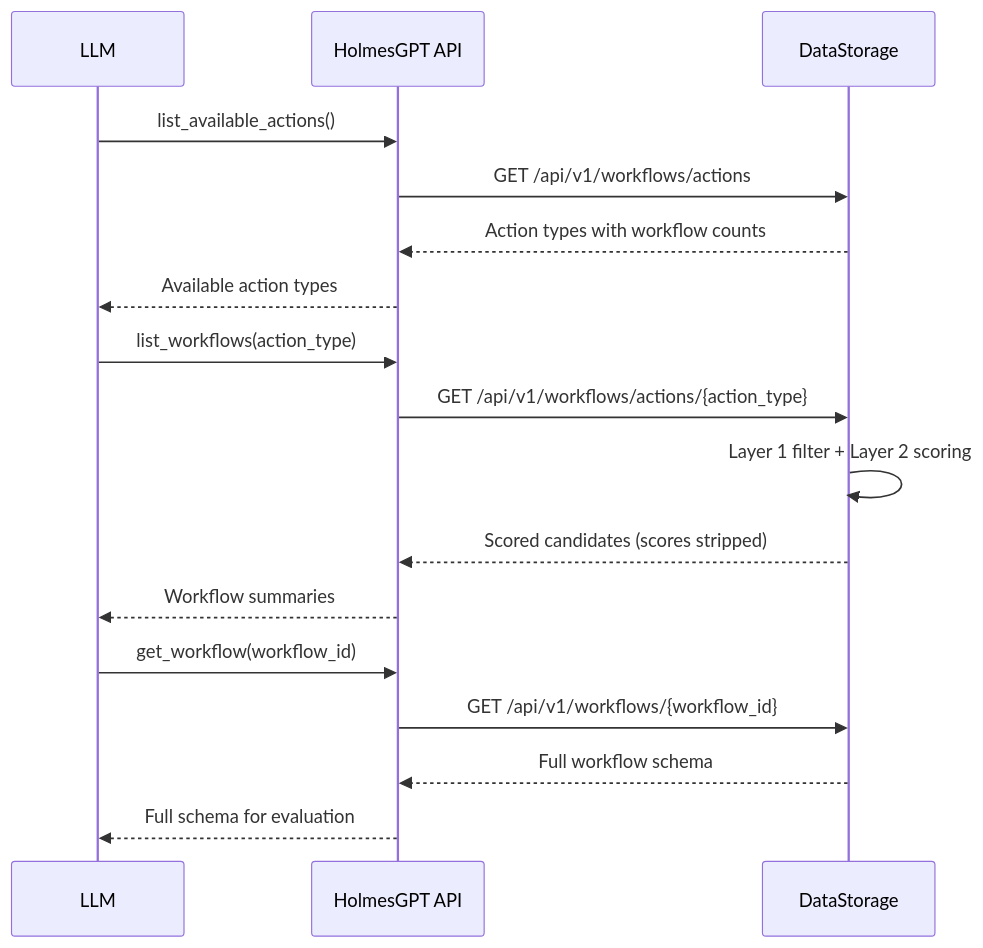
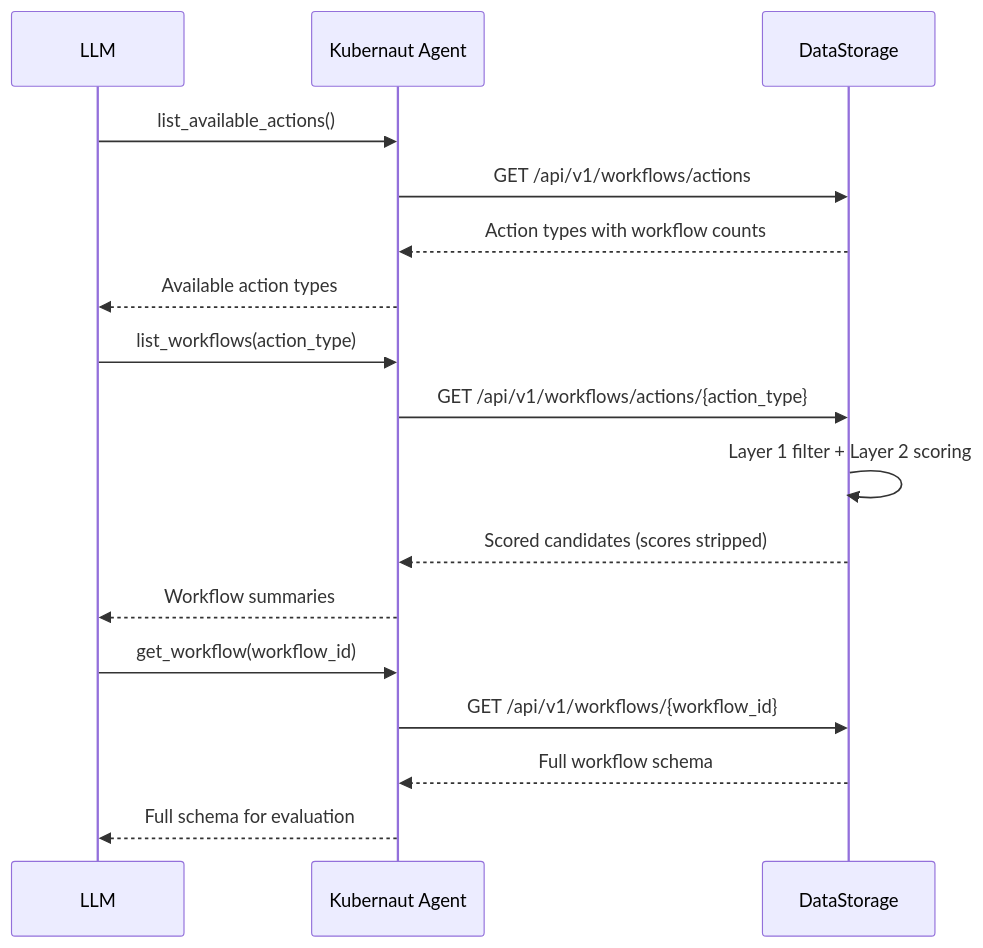
Before and after one commit to jordigilh/kubernaut-docs: the diagram in docs/architecture/workflow-selection.md, drawn with Mermaid. The commit also changed other lines of this file and 58 other files, not shown here.

````diff
--- a/docs/architecture/workflow-selection.md
+++ b/docs/architecture/workflow-selection.md
@@ -10,22 +10,22 @@
 ```mermaid
 sequenceDiagram
     participant LLM as LLM
-    participant HAPI as HolmesGPT API
+    participant KA as Kubernaut Agent
     participant DS as DataStorage
 
-    LLM->>HAPI: list_available_actions()
-    HAPI->>DS: GET /api/v1/workflows/actions
-    DS-->>HAPI: Action types with workflow counts
-    HAPI-->>LLM: Available action types
+    LLM->>KA: list_available_actions()
+    KA->>DS: GET /api/v1/workflows/actions
+    DS-->>KA: Action types with workflow counts
+    KA-->>LLM: Available action types
 
-    LLM->>HAPI: list_workflows(action_type)
-    HAPI->>DS: GET /api/v1/workflows/actions/{action_type}
+    LLM->>KA: list_workflows(action_type)
+    KA->>DS: GET /api/v1/workflows/actions/{action_type}
     DS->>DS: Layer 1 filter + Layer 2 scoring
-    DS-->>HAPI: Scored candidates (scores stripped)
-    HAPI-->>LLM: Workflow summaries
+    DS-->>KA: Scored candidates (scores stripped)
+    KA-->>LLM: Workflow summaries
 
-    LLM->>HAPI: get_workflow(workflow_id)
-    HAPI->>DS: GET /api/v1/workflows/{workflow_id}
-    DS-->>HAPI: Full workflow schema
-    HAPI-->>LLM: Full schema for evaluation
+    LLM->>KA: get_workflow(workflow_id)
+    KA->>DS: GET /api/v1/workflows/{workflow_id}
+    DS-->>KA: Full workflow schema
+    KA-->>LLM: Full schema for evaluation
 ```
````
